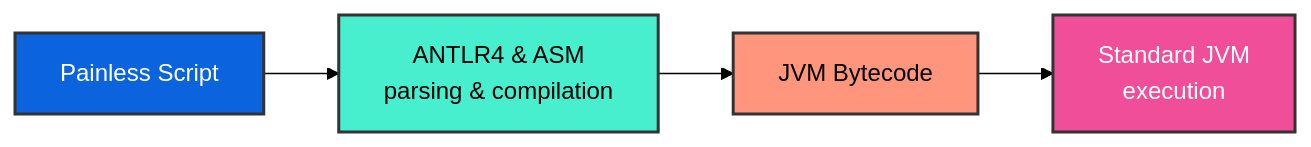
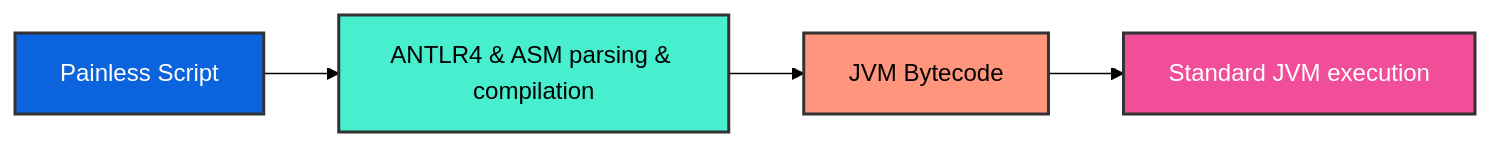
Before and after one commit to elastic/elasticsearch: the first of 2 diagrams in docs/reference/scripting-languages/painless/painless-language-specification.md, drawn with Mermaid (forest theme). The commit also changed 1 other file, not shown here.

Commit message:
mermaid fix

````diff
--- a/docs/reference/scripting-languages/painless/painless-language-specification.md
+++ b/docs/reference/scripting-languages/painless/painless-language-specification.md
@@ -36,16 +36,16 @@
 ```mermaid
 flowchart LR
-    A[Painless Script] --> B[ANTLR4 & ASM<br/>parsing & compilation]
+    A[Painless Script] --> B[ANTLR4 & ASM parsing & compilation]
     B --> C[JVM Bytecode] 
-    C --> D[Standard JVM<br/>execution]
+    C --> D[Standard JVM execution]
     
     classDef elasticBlue fill:#0B64DD,stroke:#333,stroke-width:2px,color:#fff
     classDef lightTeal fill:#48EFCF,stroke:#333,stroke-width:2px,color:#000
     classDef lightPoppy fill:#FF957D,stroke:#333,stroke-width:2px,color:#000
     classDef pink fill:#F04E98,stroke:#333,stroke-width:2px,color:#fff
     
     class A elasticBlue
     class B lightTeal
     class C lightPoppy
     class D pink
 ```
````
